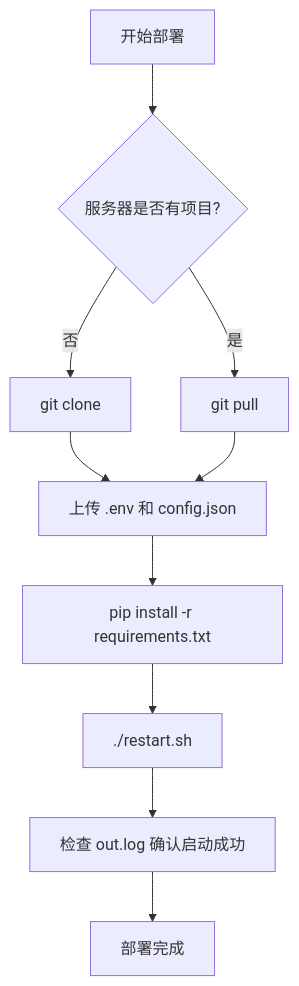
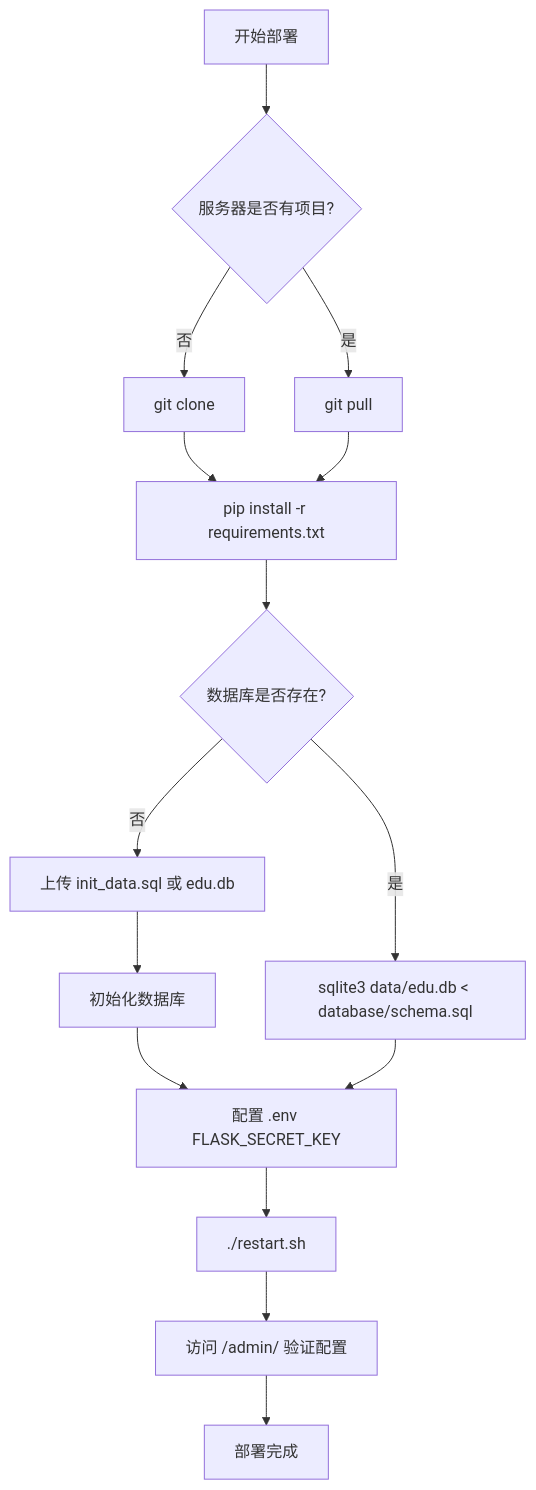
The diagram in docs/deployment.md (widy21/tianjin-edu), drawn with Mermaid before and after one commit. The commit also changed other lines of this file and 19 other files, not shown here.

````diff
--- a/docs/deployment.md
+++ b/docs/deployment.md
@@ -197,12 +269,17 @@
 ```mermaid
 graph TD
     A[开始部署] --> B{服务器是否有项目?}
     B -->|否| C[git clone]
     B -->|是| D[git pull]
-    C --> E[上传 .env 和 config.json]
+    C --> E[pip install -r requirements.txt]
     D --> E
-    E --> F[pip install -r requirements.txt]
-    F --> G[./restart.sh]
-    G --> H[检查 out.log 确认启动成功]
-    H --> I[部署完成]
+    E --> F{数据库是否存在?}
+    F -->|否| G[上传 init_data.sql 或 edu.db]
+    F -->|是| H[sqlite3 data/edu.db < database/schema.sql]
+    G --> I[初始化数据库]
+    I --> J[配置 .env FLASK_SECRET_KEY]
+    H --> J
+    J --> K[./restart.sh]
+    K --> L[访问 /admin/ 验证配置]
+    L --> M[部署完成]
 ```
````
